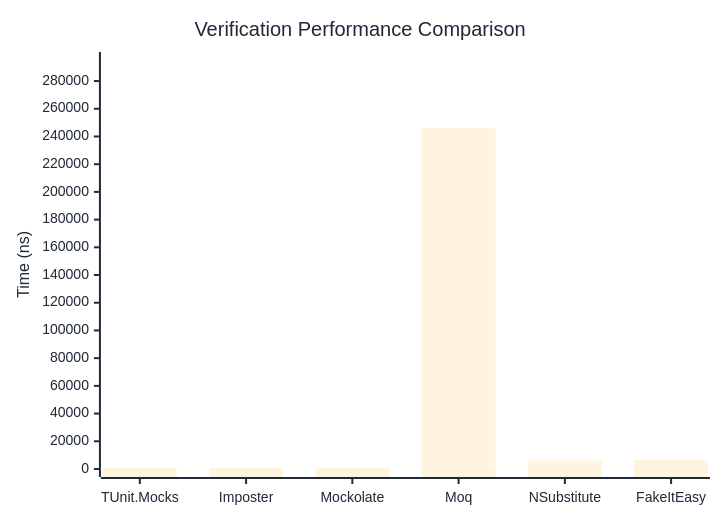
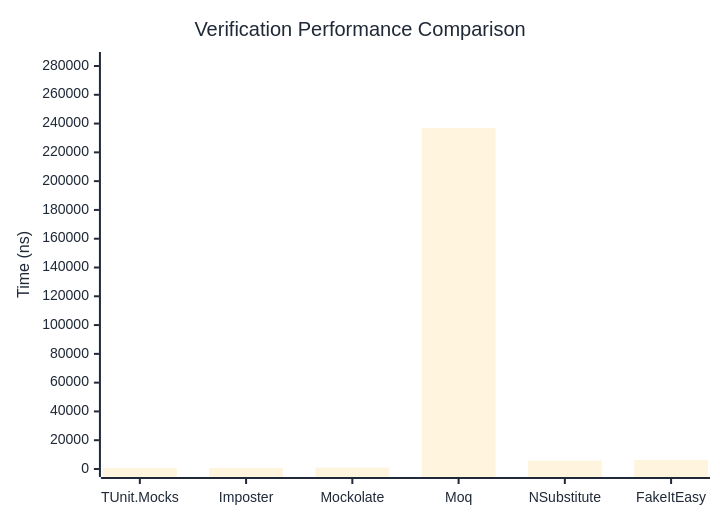
Before and after one commit to thomhurst/TUnit: the first of 3 diagrams in docs/docs/benchmarks/mocks/Verification.md, drawn with Mermaid. The commit also changed other lines of this file and 14 other files, not shown here.

````diff
--- a/docs/docs/benchmarks/mocks/Verification.md
+++ b/docs/docs/benchmarks/mocks/Verification.md
@@ -28,27 +28,27 @@
 ```mermaid
 %%{init: {
   'theme':'base',
   'themeVariables': {
     'primaryColor': '#2563eb',
     'primaryTextColor': '#1f2937',
     'primaryBorderColor': '#1e40af',
     'lineColor': '#6b7280',
     'secondaryColor': '#7c3aed',
     'tertiaryColor': '#dc2626',
     'background': '#ffffff',
     'pie1': '#2563eb',
     'pie2': '#7c3aed',
     'pie3': '#dc2626',
     'pie4': '#f59e0b',
     'pie5': '#10b981',
     'pie6': '#06b6d4',
     'pie7': '#ec4899',
     'pie8': '#6366f1'
   }
 }}%%
 xychart-beta
   title "Verification Performance Comparison"
   x-axis ["TUnit.Mocks", "Imposter", "Mockolate", "Moq", "NSubstitute", "FakeItEasy"]
-  y-axis "Time (ns)" 0 --> 295204
-  bar [779.75, 697.99, 923.67, 246002.68, 6025.4, 6484.46]
+  y-axis "Time (ns)" 0 --> 284166
+  bar [752.33, 737.09, 950.68, 236804.32, 5843.3, 6279.63]
 ```
````
